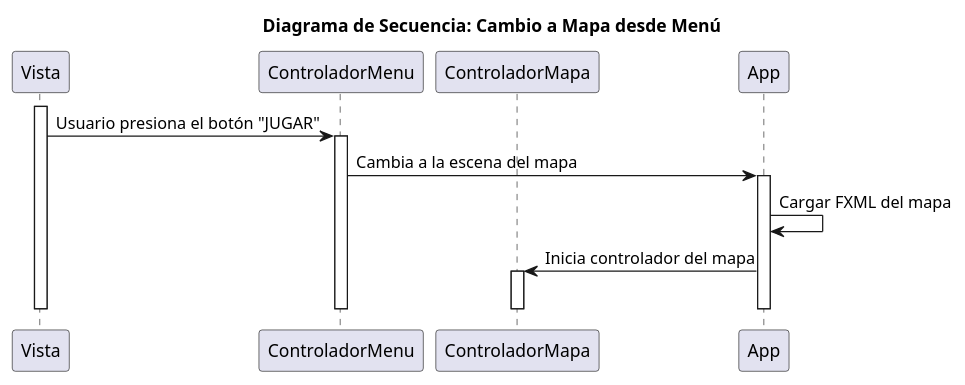
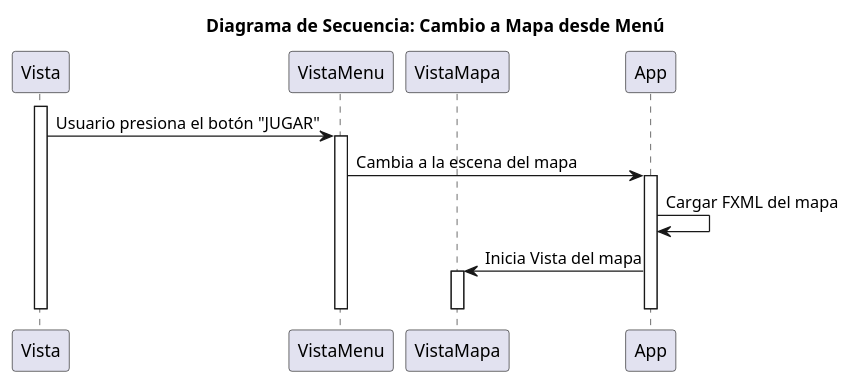
The diagram in doc/diagrama de secuencia menu a mapa.puml (FelipeAscencio/TP1_ParadigmasDeLaProgramacion), drawn with PlantUML before and after one commit. The commit also changed 9 other files, not shown here.

```diff
--- a/doc/diagrama de secuencia menu a mapa.puml
+++ b/doc/diagrama de secuencia menu a mapa.puml
@@ -1,23 +1,23 @@
 @startuml
 
 title Diagrama de Secuencia: Cambio a Mapa desde Menú
 
 participant Vista
-participant ControladorMenu
-participant ControladorMapa
+participant VistaMenu
+participant VistaMapa
 participant App
 
 activate Vista
-Vista -> ControladorMenu: Usuario presiona el botón "JUGAR"
-activate ControladorMenu
-ControladorMenu -> App: Cambia a la escena del mapa
+Vista -> VistaMenu: Usuario presiona el botón "JUGAR"
+activate VistaMenu
+VistaMenu -> App: Cambia a la escena del mapa
 activate App
 App -> App: Cargar FXML del mapa
-App -> ControladorMapa: Inicia controlador del mapa
-activate ControladorMapa
+App -> VistaMapa: Inicia Vista del mapa
+activate VistaMapa
 deactivate App
-deactivate ControladorMapa
-deactivate ControladorMenu
+deactivate VistaMapa
+deactivate VistaMenu
 deactivate Vista
 
 @enduml
```
